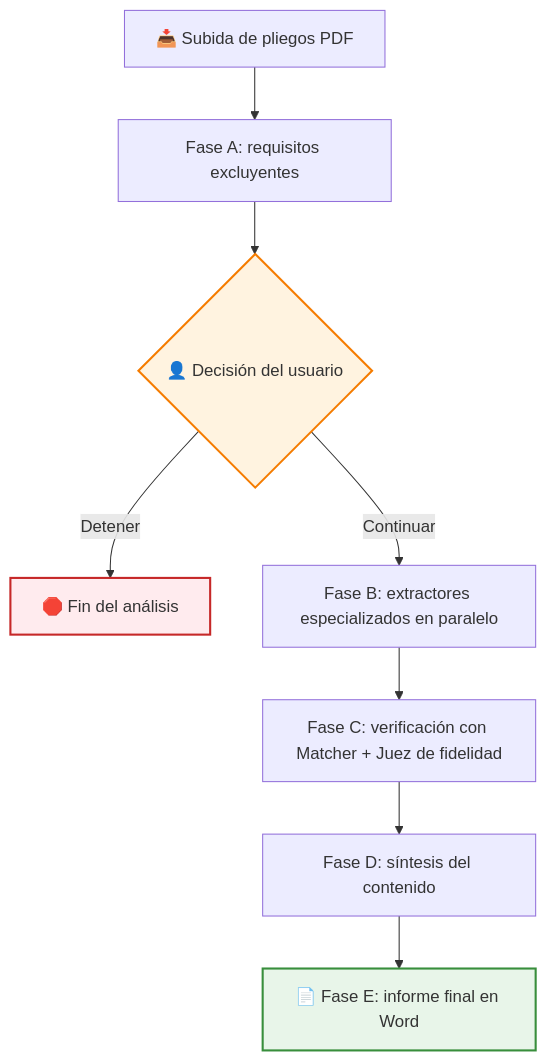
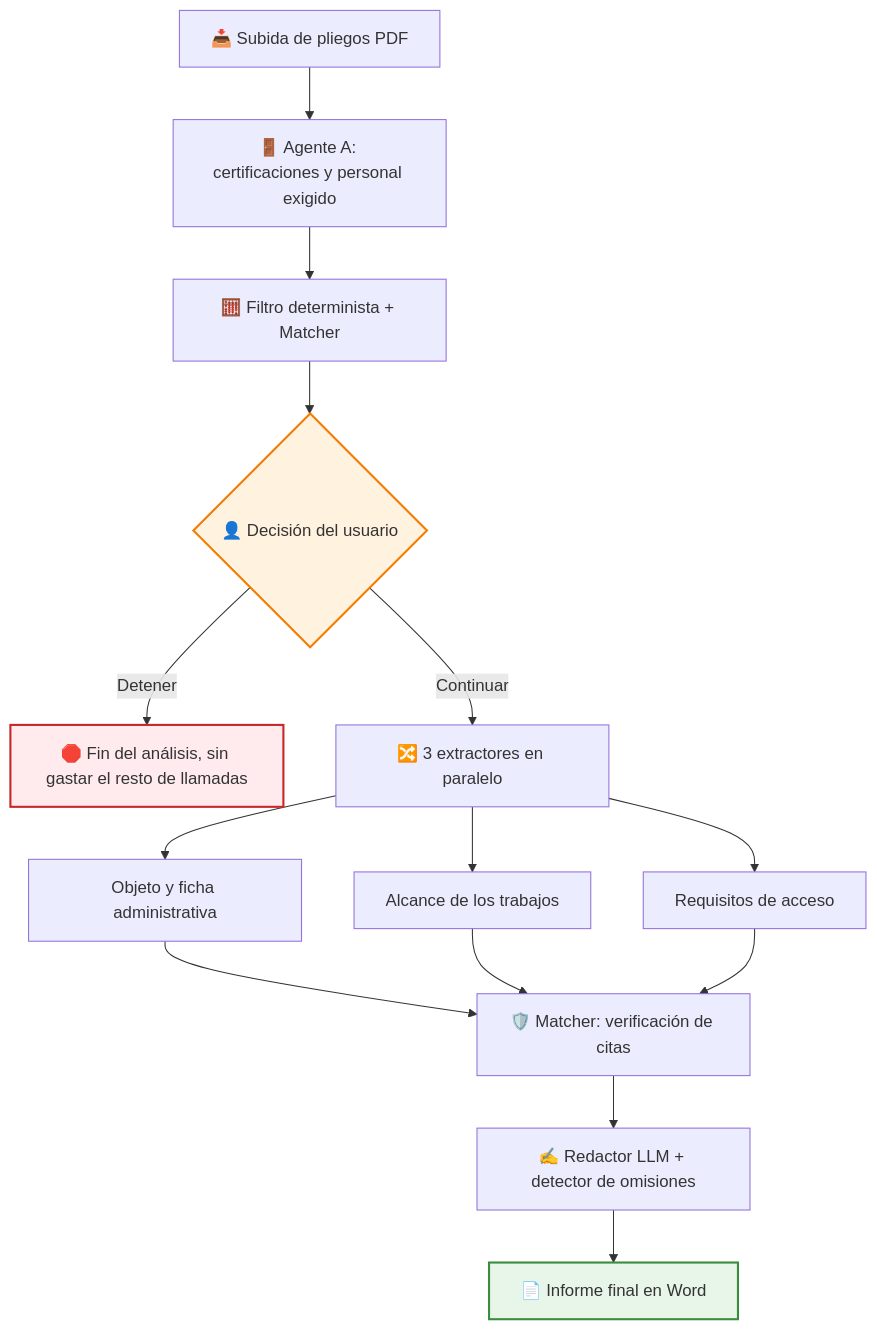
Before and after one commit to ivanher97/Licitaciones_Agentes_CTIngenieros: the first of 3 diagrams in Showcase_Licitaciones_Agents.md, drawn with Mermaid. The commit also changed other lines of this file, not shown here.

````diff
--- a/Showcase_Licitaciones_Agents.md
+++ b/Showcase_Licitaciones_Agents.md
@@ -29,14 +29,18 @@
 ```mermaid
 flowchart TD
-    A[📥 Subida de pliegos PDF] --> B[Fase A: requisitos excluyentes]
-    B --> C{👤 Decisión del usuario}
-    C -->|Detener| X[🛑 Fin del análisis]
-    C -->|Continuar| D[Fase B: extractores especializados en paralelo]
-    D --> E[Fase C: verificación con Matcher + Juez de fidelidad]
-    E --> F[Fase D: síntesis del contenido]
-    F --> G[📄 Fase E: informe final en Word]
+    A[📥 Subida de pliegos PDF] --> B[🚪 Agente A: certificaciones y personal exigido]
+    B --> FA[🧮 Filtro determinista + Matcher]
+    FA --> C{👤 Decisión del usuario}
+    C -->|Detener| X[🛑 Fin del análisis, sin gastar el resto de llamadas]
+    C -->|Continuar| D[🔀 3 extractores en paralelo]
+    D --> E1[Objeto y ficha administrativa]
+    D --> E2[Alcance de los trabajos]
+    D --> E3[Requisitos de acceso]
+    E1 & E2 & E3 --> M[🛡️ Matcher: verificación de citas]
+    M --> R[✍️ Redactor LLM + detector de omisiones]
+    R --> F[📄 Informe final en Word]
 
     style C fill:#fff3e0,stroke:#f57c00,stroke-width:2px
-    style G fill:#e8f5e9,stroke:#388e3c,stroke-width:2px
+    style F fill:#e8f5e9,stroke:#388e3c,stroke-width:2px
     style X fill:#ffebee,stroke:#c62828,stroke-width:2px
 ```
````
